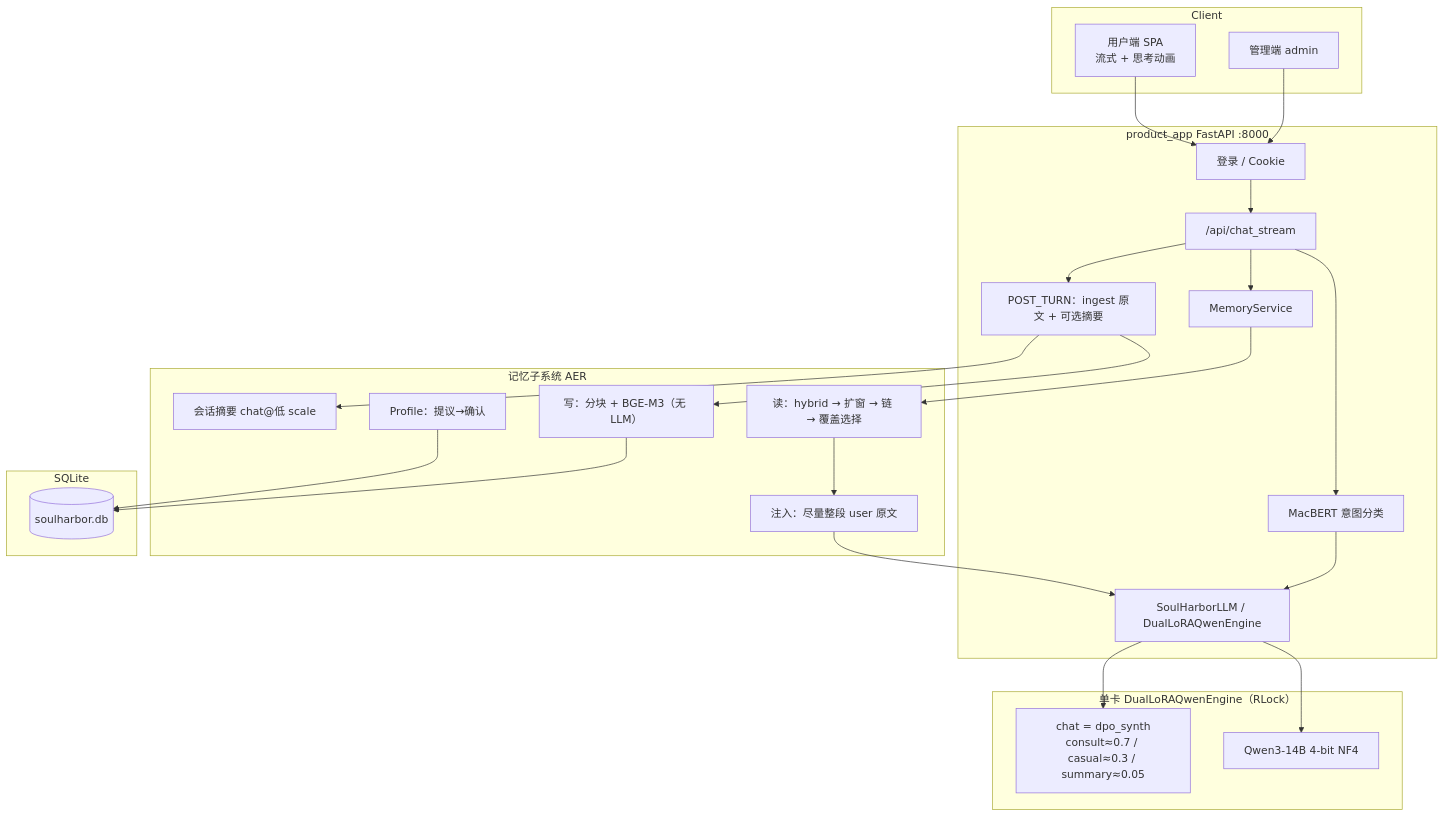
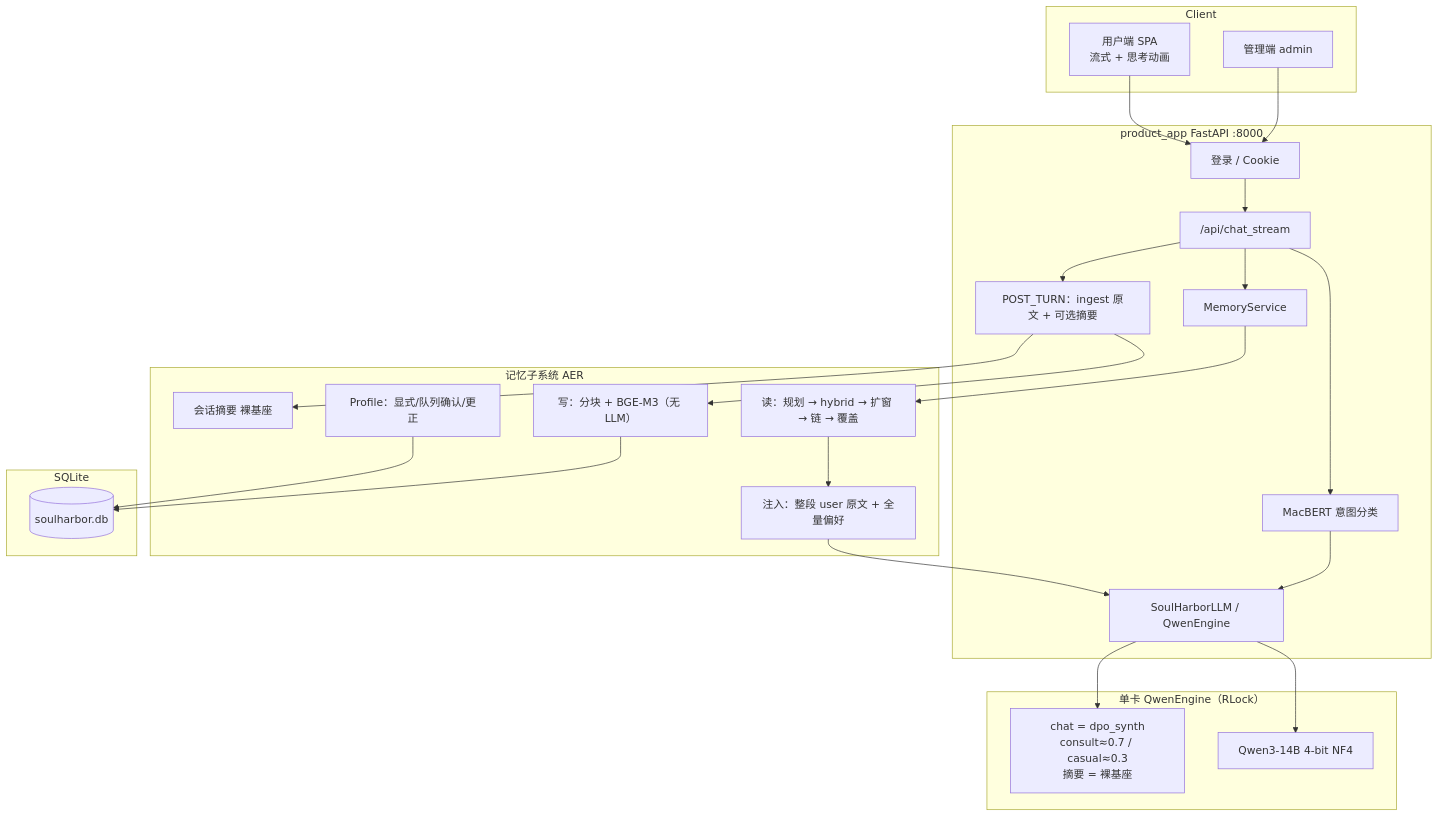
One commit to Hi-Zachary/Soulharbor changed the diagram in 项目文档/01_项目大纲与架构.md. Above: the diagram before and after it, drawn with Mermaid. The commit also changed other lines of this file and 11 other files, not shown here.

````diff
--- a/项目文档/01_项目大纲与架构.md
+++ b/项目文档/01_项目大纲与架构.md
@@ -61,45 +61,45 @@
 ```mermaid
 flowchart TB
   subgraph Client
     UI[用户端 SPA<br/>流式 + 思考动画]
     Admin[管理端 admin]
   end
 
   subgraph FastAPI["product_app FastAPI :8000"]
     Auth[登录 / Cookie]
     Chat["/api/chat_stream"]
     Intent[MacBERT 意图分类]
     MemSvc[MemoryService]
-    LLM[SoulHarborLLM / DualLoRAQwenEngine]
+    LLM[SoulHarborLLM / QwenEngine]
     Post[POST_TURN：ingest 原文 + 可选摘要]
   end
 
-  subgraph GPU["单卡 DualLoRAQwenEngine（RLock）"]
+  subgraph GPU["单卡 QwenEngine（RLock）"]
     Base[Qwen3-14B 4-bit NF4]
-    ChatAdp["chat = dpo_synth<br/>consult≈0.7 / casual≈0.3 / summary≈0.05"]
+    ChatAdp["chat = dpo_synth<br/>consult≈0.7 / casual≈0.3<br/>摘要 = 裸基座"]
   end
 
   subgraph Memory["记忆子系统 AER"]
     Ingest["写：分块 + BGE-M3（无 LLM）"]
-    Profile["Profile：提议→确认"]
-    Ret["读：hybrid → 扩窗 → 链 → 覆盖选择"]
-    Inject["注入：尽量整段 user 原文"]
-    Sum[会话摘要 chat@低 scale]
+    Profile["Profile：显式/队列确认/更正"]
+    Ret["读：规划 → hybrid → 扩窗 → 链 → 覆盖"]
+    Inject["注入：整段 user 原文 + 全量偏好"]
+    Sum[会话摘要 裸基座]
   end
 
   subgraph Store[SQLite]
     DB[(soulharbor.db)]
   end
 
   UI --> Auth --> Chat
   Chat --> Intent --> LLM
   Chat --> MemSvc
   MemSvc --> Ret --> Inject --> LLM
   Chat --> Post --> Ingest
   Post --> Sum
   Ingest --> DB
   Profile --> DB
   LLM --> Base
   LLM --> ChatAdp
   Admin --> Auth
 ```
````
